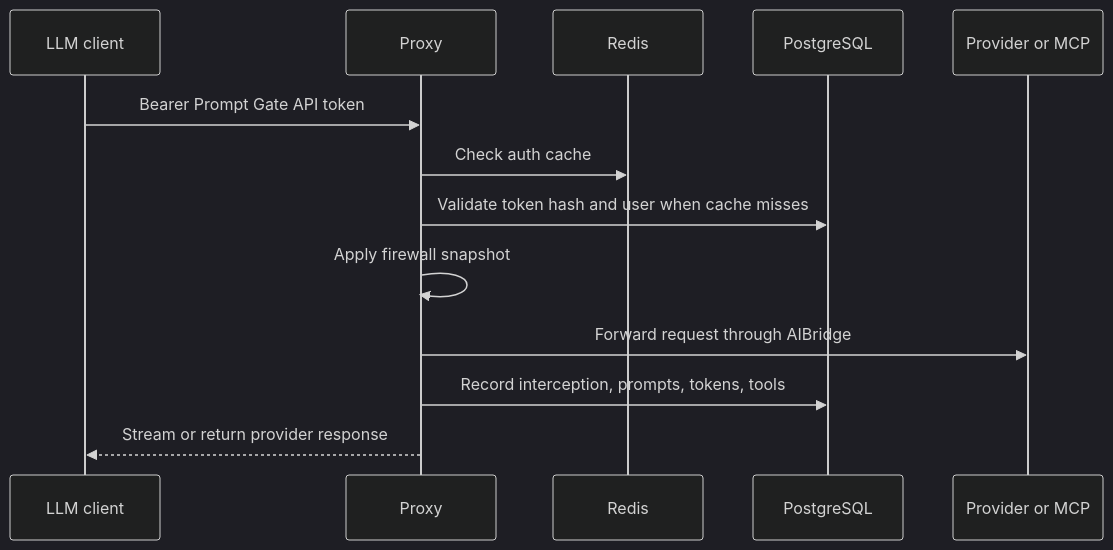
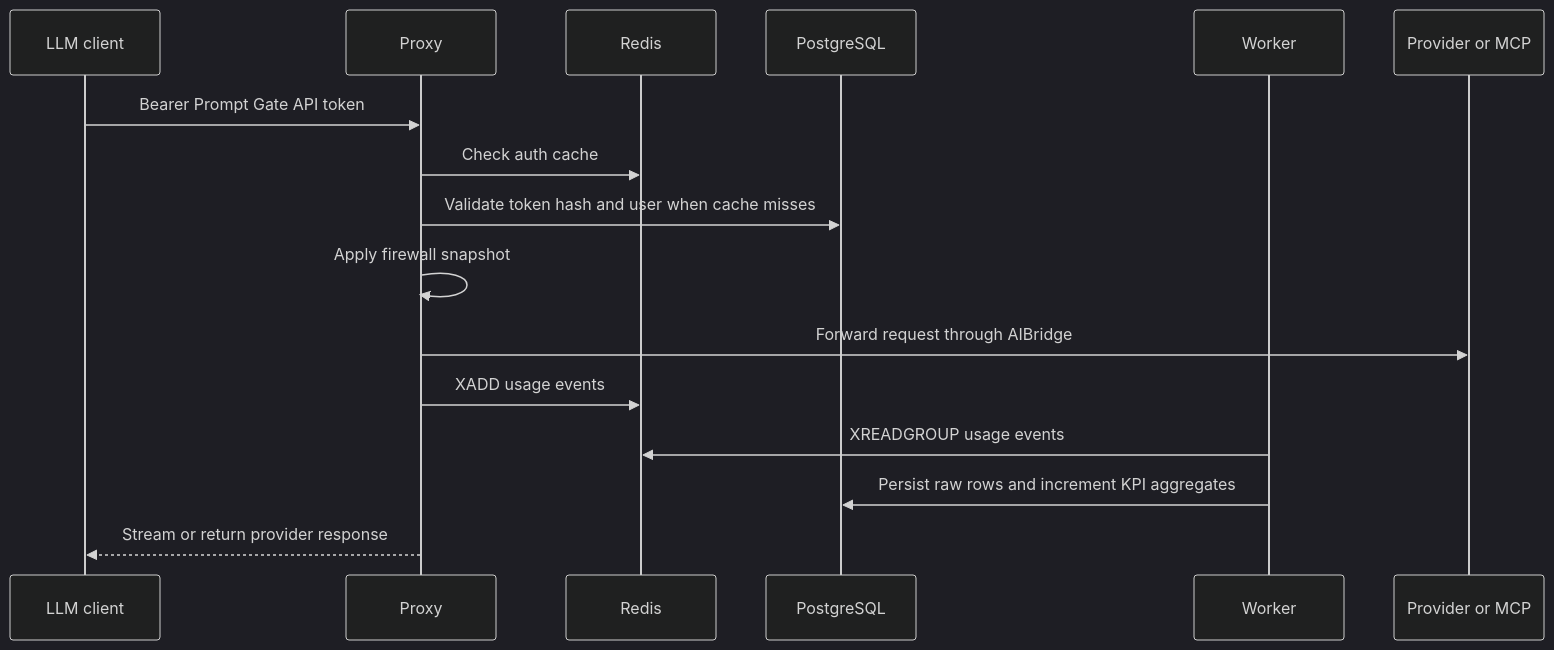
Before and after one commit to thomas-illiet/prompt-gate: the third of 4 diagrams in docs/architecture.md, drawn with Mermaid (dark theme). The commit also changed other lines of this file and 26 other files, not shown here.

Commit message:
feat: add redis-backed usage worker

````diff
--- a/docs/architecture.md
+++ b/docs/architecture.md
@@ -102,16 +107,19 @@
 ```mermaid
 sequenceDiagram
     participant C as LLM client
     participant P as Proxy
     participant R as Redis
     participant D as PostgreSQL
+    participant W as Worker
     participant U as Provider or MCP
 
     C->>P: Bearer Prompt Gate API token
     P->>R: Check auth cache
     P->>D: Validate token hash and user when cache misses
     P->>P: Apply firewall snapshot
     P->>U: Forward request through AIBridge
-    P->>D: Record interception, prompts, tokens, tools
+    P->>R: XADD usage events
+    W->>R: XREADGROUP usage events
+    W->>D: Persist raw rows and increment KPI aggregates
     P-->>C: Stream or return provider response
 ```
````
